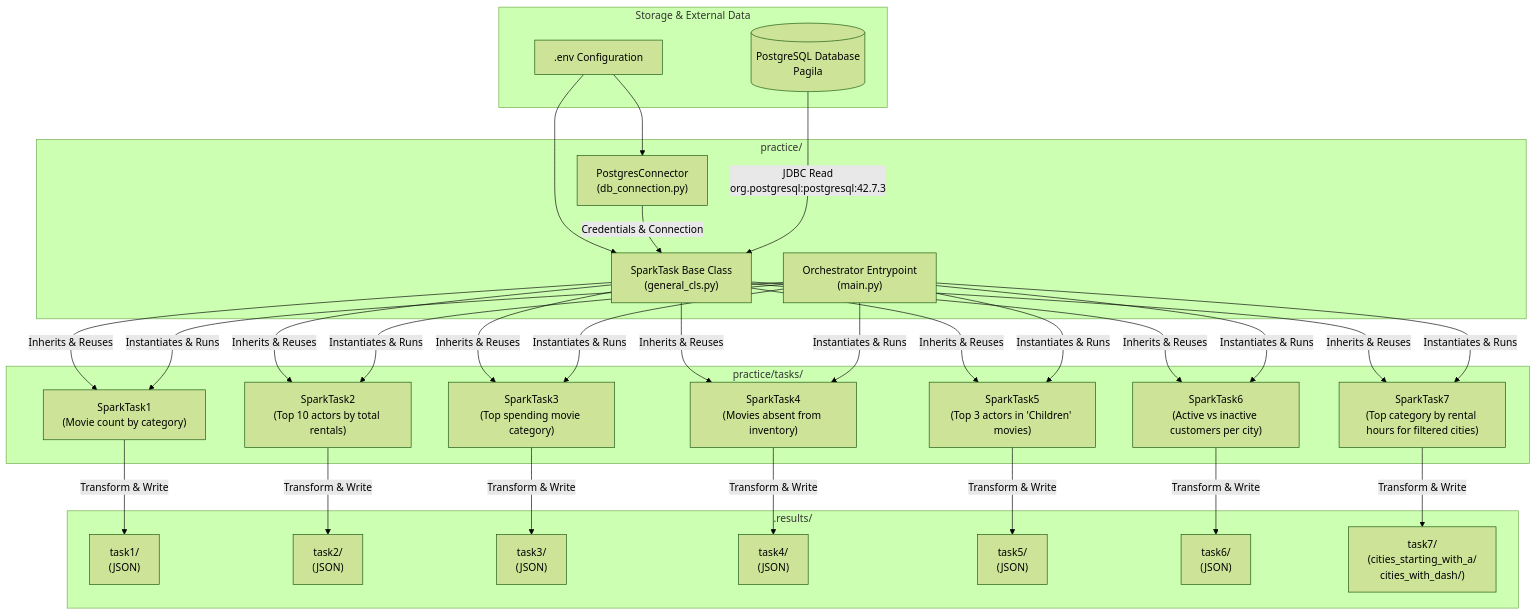
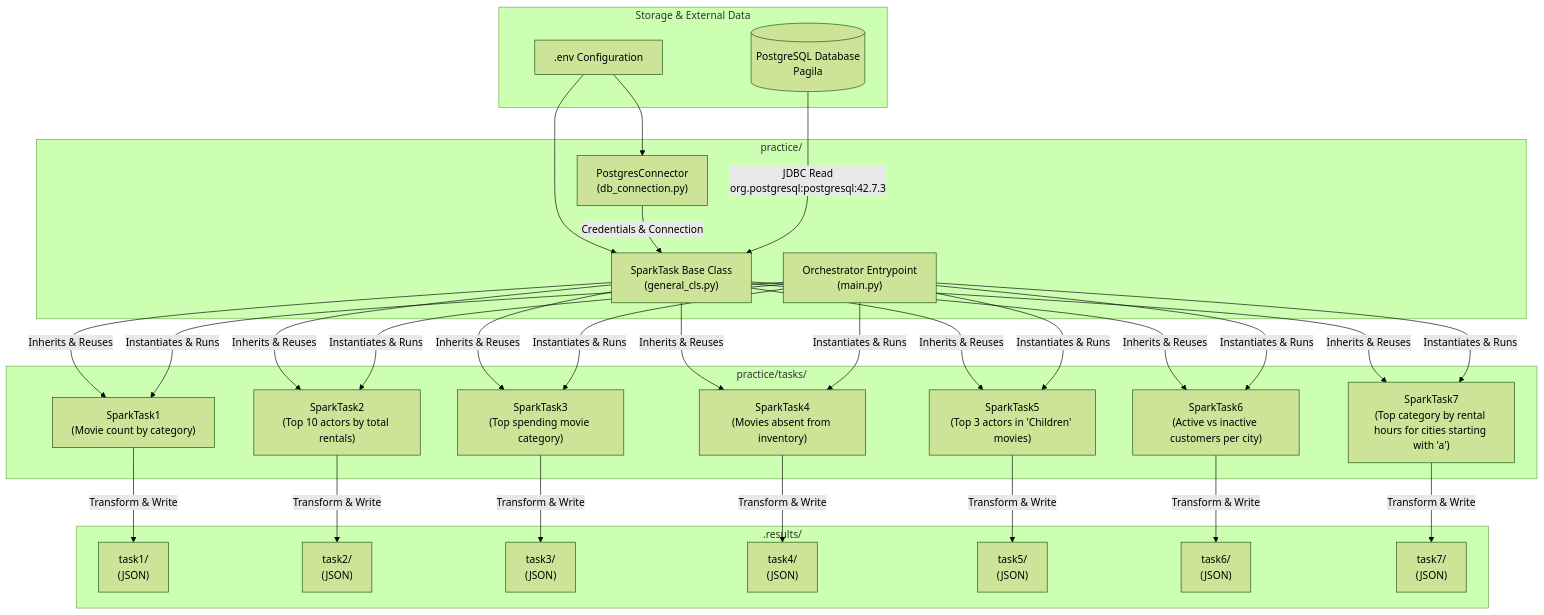
One commit to vbuyel/inno_spark changed the first of 3 diagrams in README.md. Above: the diagram before and after it, drawn with Mermaid (forest theme). The commit also changed other lines of this file, not shown here.

````diff
--- a/README.md
+++ b/README.md
@@ -11,61 +11,61 @@
 ```mermaid
 flowchart TD
     subgraph Storage & External Data
         PG[(PostgreSQL Database\nPagila)]
         ENV[".env Configuration"]
     end
 
     subgraph Core Framework ["practice/"]
         PC["PostgresConnector\n(db_connection.py)"]
         ST["SparkTask Base Class\n(general_cls.py)"]
         MAIN["Orchestrator Entrypoint\n(main.py)"]
     end
 
     subgraph Tasks ["practice/tasks/"]
         T1["SparkTask1\n(Movie count by category)"]
         T2["SparkTask2\n(Top 10 actors by total rentals)"]
         T3["SparkTask3\n(Top spending movie category)"]
         T4["SparkTask4\n(Movies absent from inventory)"]
         T5["SparkTask5\n(Top 3 actors in 'Children' movies)"]
         T6["SparkTask6\n(Active vs inactive customers per city)"]
-        T7["SparkTask7\n(Top category by rental hours for filtered cities)"]
+        T7["SparkTask7\n(Top category by rental hours for cities starting with 'a')"]
     end
 
     subgraph Output [".results/"]
         OUT1["task1/\n(JSON)"]
         OUT2["task2/\n(JSON)"]
         OUT3["task3/\n(JSON)"]
         OUT4["task4/\n(JSON)"]
         OUT5["task5/\n(JSON)"]
         OUT6["task6/\n(JSON)"]
-        OUT7["task7/\n(cities_starting_with_a/\ncities_with_dash/)"]
+        OUT7["task7/\n(JSON)"]
     end
 
     ENV --> PC
     ENV --> ST
     PC -->|Credentials & Connection| ST
     ST -->|Inherits & Reuses| T1
     ST -->|Inherits & Reuses| T2
     ST -->|Inherits & Reuses| T3
     ST -->|Inherits & Reuses| T4
     ST -->|Inherits & Reuses| T5
     ST -->|Inherits & Reuses| T6
     ST -->|Inherits & Reuses| T7
 
     MAIN -->|Instantiates & Runs| T1
     MAIN -->|Instantiates & Runs| T2
     MAIN -->|Instantiates & Runs| T3
     MAIN -->|Instantiates & Runs| T4
     MAIN -->|Instantiates & Runs| T5
     MAIN -->|Instantiates & Runs| T6
     MAIN -->|Instantiates & Runs| T7
 
     PG -->|JDBC Read\norg.postgresql:postgresql:42.7.3| ST
     T1 -->|Transform & Write| OUT1
     T2 -->|Transform & Write| OUT2
     T3 -->|Transform & Write| OUT3
     T4 -->|Transform & Write| OUT4
     T5 -->|Transform & Write| OUT5
     T6 -->|Transform & Write| OUT6
     T7 -->|Transform & Write| OUT7
 ```
````
